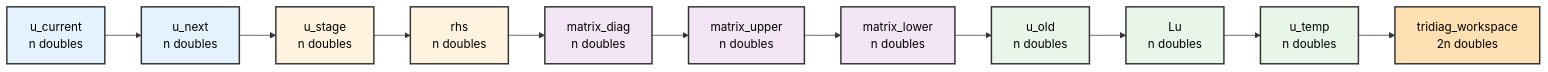
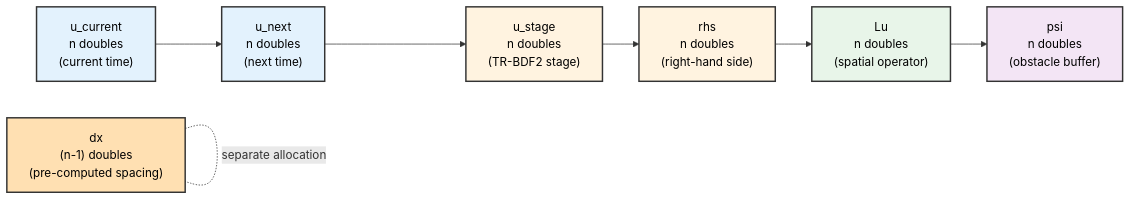
One commit to accelas/mango-option changed the second of 3 diagrams in docs/ARCHITECTURE.md. Above: the diagram before and after it, drawn with Mermaid. The commit also changed other lines of this file and 3 other files, not shown here.

````diff
--- a/docs/ARCHITECTURE.md
+++ b/docs/ARCHITECTURE.md
@@ -530,28 +486,21 @@
 ```mermaid
 graph LR
-    A["u_current<br/>n doubles"]
-    B["u_next<br/>n doubles"]
-    C["u_stage<br/>n doubles"]
-    D["rhs<br/>n doubles"]
-    E["matrix_diag<br/>n doubles"]
-    F["matrix_upper<br/>n doubles"]
-    G["matrix_lower<br/>n doubles"]
-    H["u_old<br/>n doubles"]
-    I["Lu<br/>n doubles"]
-    J["u_temp<br/>n doubles"]
-    K["tridiag_workspace<br/>2n doubles"]
+    A["u_current<br/>n doubles<br/>(current time)"]
+    B["u_next<br/>n doubles<br/>(next time)"]
+    C["u_stage<br/>n doubles<br/>(TR-BDF2 stage)"]
+    D["rhs<br/>n doubles<br/>(right-hand side)"]
+    E["Lu<br/>n doubles<br/>(spatial operator)"]
+    F["psi<br/>n doubles<br/>(obstacle buffer)"]
+    G["dx<br/>(n-1) doubles<br/>(pre-computed spacing)"]
 
-    A --> B --> C --> D --> E --> F --> G --> H --> I --> J --> K
+    A --> B --> C --> D --> E --> F
+    G -.separate allocation.- G
 
     style A fill:#e3f2fd,stroke:#333,stroke-width:2px,color:#000
     style B fill:#e3f2fd,stroke:#333,stroke-width:2px,color:#000
     style C fill:#fff3e0,stroke:#333,stroke-width:2px,color:#000
     style D fill:#fff3e0,stroke:#333,stroke-width:2px,color:#000
-    style E fill:#f3e5f5,stroke:#333,stroke-width:2px,color:#000
+    style E fill:#e8f5e9,stroke:#333,stroke-width:2px,color:#000
     style F fill:#f3e5f5,stroke:#333,stroke-width:2px,color:#000
-    style G fill:#f3e5f5,stroke:#333,stroke-width:2px,color:#000
-    style H fill:#e8f5e9,stroke:#333,stroke-width:2px,color:#000
-    style I fill:#e8f5e9,stroke:#333,stroke-width:2px,color:#000
-    style J fill:#e8f5e9,stroke:#333,stroke-width:2px,color:#000
-    style K fill:#ffe0b2,stroke:#333,stroke-width:2px,color:#000
+    style G fill:#ffe0b2,stroke:#333,stroke-width:2px,color:#000
 ```
````
